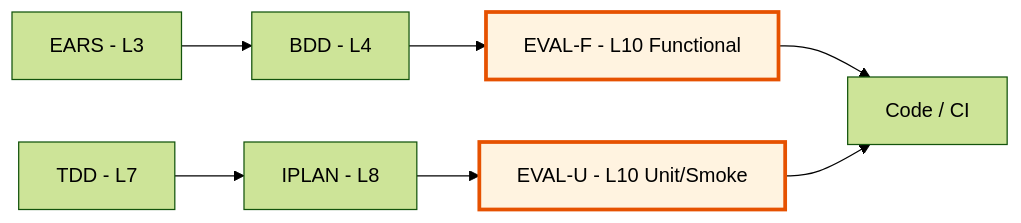
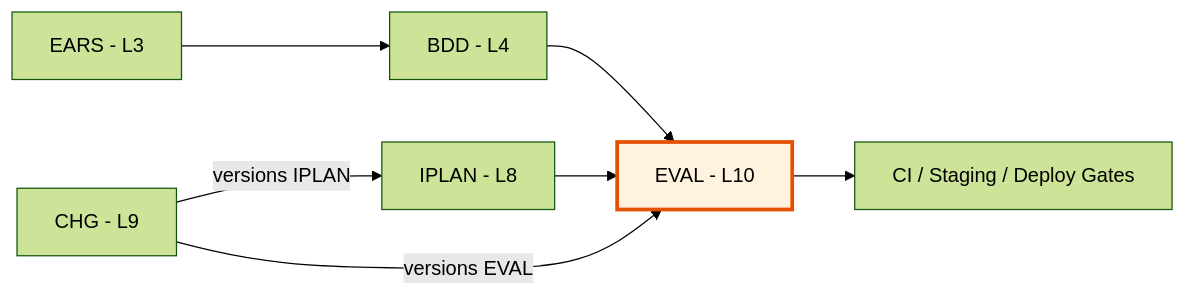
Before and after one commit to vladm3105/aidoc-flow-framework: the diagram in framework/layers/10_EVAL/EVAL-00_index.TEMPLATE.md, drawn with Mermaid (forest theme). The commit also changed other lines of this file and 8 other files, not shown here.

First line of the commit message:
feat: per-IPLAN EVAL architecture with self-contained RPT reports

````diff
--- a/framework/layers/10_EVAL/EVAL-00_index.TEMPLATE.md
+++ b/framework/layers/10_EVAL/EVAL-00_index.TEMPLATE.md
@@ -22,11 +22,10 @@
 ```mermaid
 flowchart LR
+    IPLAN[IPLAN - L8] --> EVAL[EVAL - L10]
     EARS[EARS - L3] --> BDD[BDD - L4]
-    BDD --> EVAL-F[EVAL-F - L10 Functional]
-    TDD[TDD - L7] --> IPLAN[IPLAN - L8]
-    IPLAN --> EVAL-U[EVAL-U - L10 Unit/Smoke]
-    EVAL-F --> CODE[Code / CI]
-    EVAL-U --> CODE
-    style EVAL-F fill:#fff3e0,stroke:#e65100,stroke-width:3px
-    style EVAL-U fill:#fff3e0,stroke:#e65100,stroke-width:3px
+    BDD --> EVAL
+    EVAL --> GATES[CI / Staging / Deploy Gates]
+    CHG[CHG - L9] -->|versions IPLAN| IPLAN
+    CHG -->|versions EVAL| EVAL
+    style EVAL fill:#fff3e0,stroke:#e65100,stroke-width:3px
 ```
````
